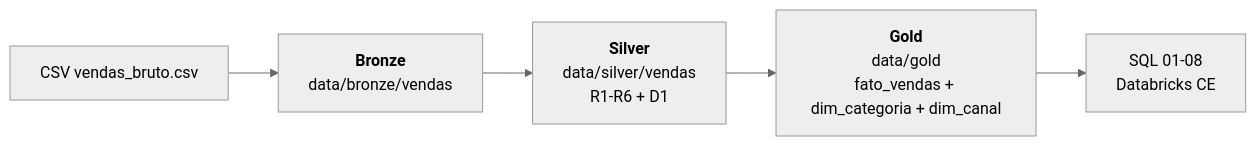
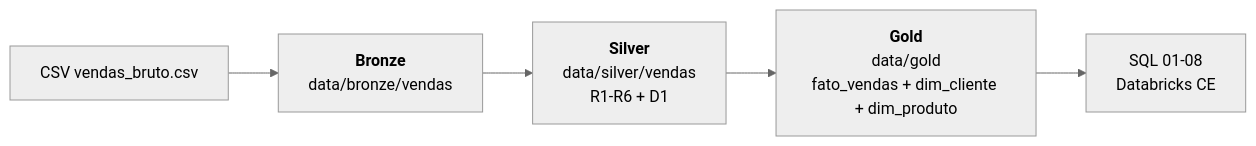
The diagram in README.md (renatoapdl/pipeline-etl-vendas), drawn with Mermaid (neutral theme) before and after one commit. The commit also changed other lines of this file and 11 other files, not shown here.

````diff
--- a/README.md
+++ b/README.md
@@ -13,7 +13,7 @@
 ```mermaid
 flowchart LR
   A[CSV vendas_bruto.csv] --> B["<b>Bronze</b><br/>data/bronze/vendas"]
   B --> C["<b>Silver</b><br/>data/silver/vendas<br/>R1-R6 + D1"]
-  C --> D["<b>Gold</b><br/>data/gold<br/>fato_vendas + dim_categoria + dim_canal"]
+  C --> D["<b>Gold</b><br/>data/gold<br/>fato_vendas + dim_cliente + dim_produto"]
   D --> E["SQL 01-08<br/>Databricks CE"]
 ```
````
